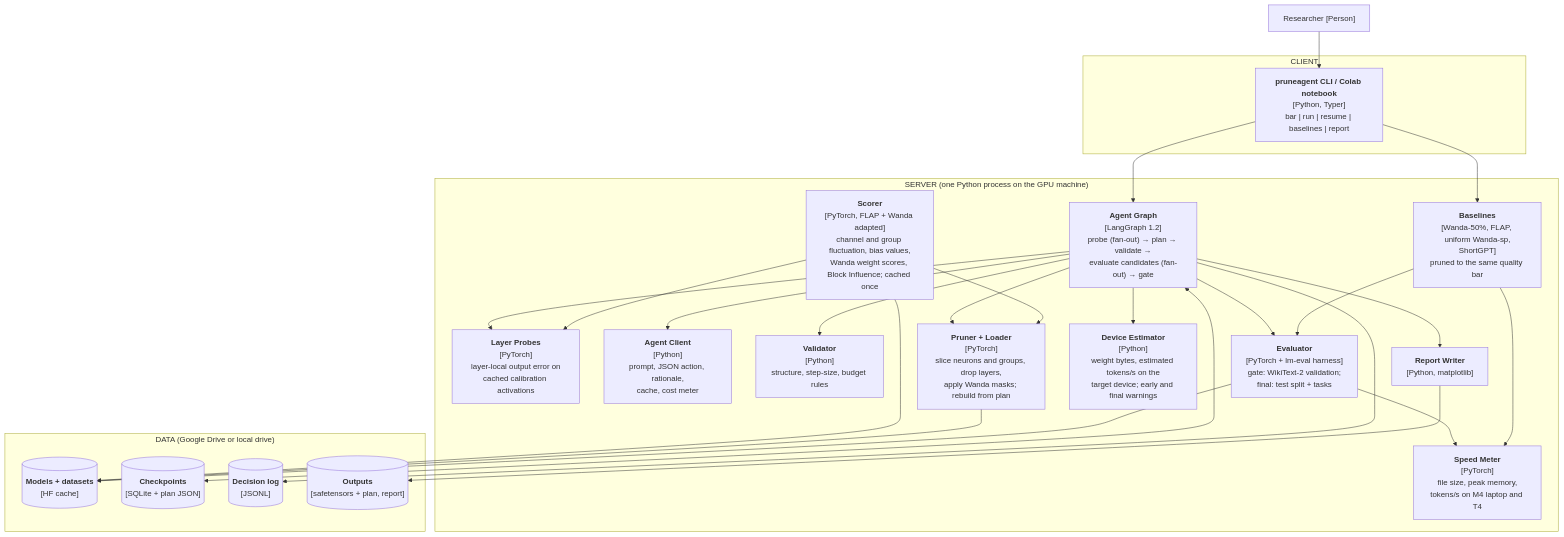
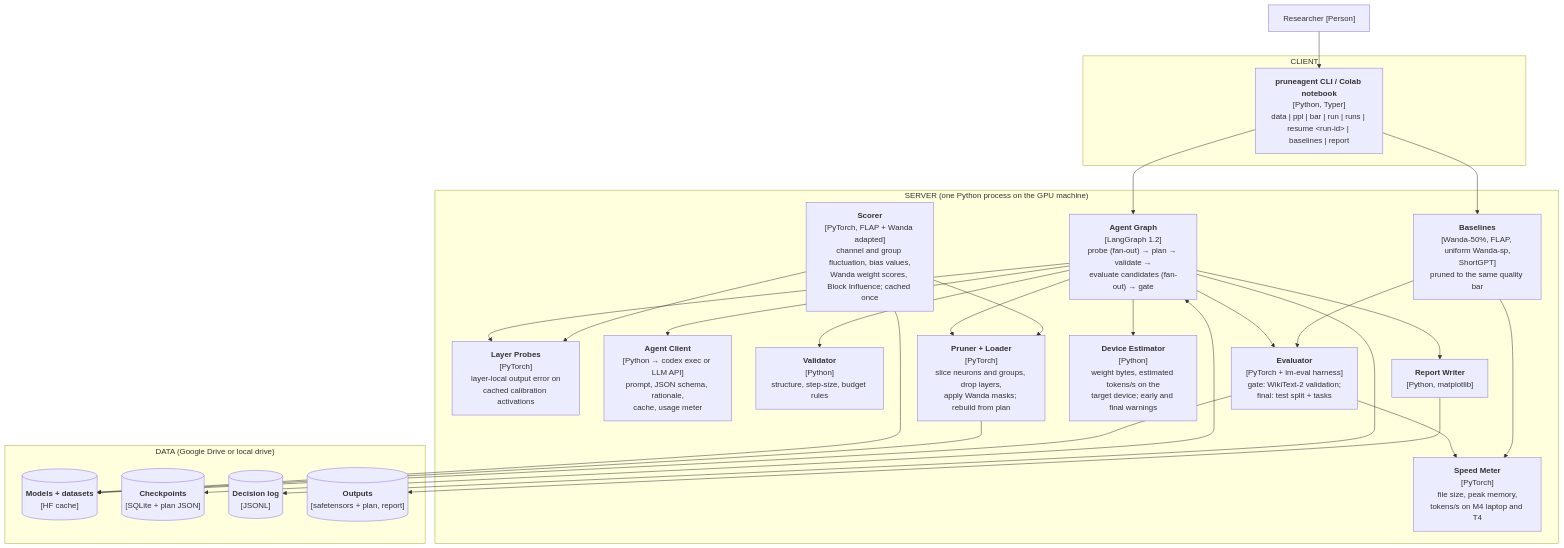
The second of 4 diagrams in ARCHITECTURE.md (stephxu96/pruneagent), drawn with Mermaid before and after one commit. The commit also changed other lines of this file and 16 other files, not shown here.

````diff
--- a/ARCHITECTURE.md
+++ b/ARCHITECTURE.md
@@ -175,39 +182,39 @@
 ```mermaid
 flowchart TB
     U["Researcher [Person]"]
 
     subgraph CLIENT["CLIENT"]
-        CLI["<b>pruneagent CLI / Colab notebook</b><br/>[Python, Typer]<br/>bar | run | resume | baselines | report"]
+        CLI["<b>pruneagent CLI / Colab notebook</b><br/>[Python, Typer]<br/>data | ppl | bar | run | runs | resume &lt;run-id&gt; | baselines | report"]
     end
 
     subgraph SERVER["SERVER (one Python process on the GPU machine)"]
         LG["<b>Agent Graph</b><br/>[LangGraph 1.2]<br/>probe (fan-out) → plan → validate →<br/>evaluate candidates (fan-out) → gate"]
         SC["<b>Scorer</b><br/>[PyTorch, FLAP + Wanda adapted]<br/>channel and group fluctuation, bias values,<br/>Wanda weight scores, Block Influence; cached once"]
         PB["<b>Layer Probes</b><br/>[PyTorch]<br/>layer-local output error on<br/>cached calibration activations"]
-        AG["<b>Agent Client</b><br/>[Python]<br/>prompt, JSON action, rationale,<br/>cache, cost meter"]
+        AG["<b>Agent Client</b><br/>[Python → codex exec or LLM API]<br/>prompt, JSON schema, rationale,<br/>cache, usage meter"]
         VA["<b>Validator</b><br/>[Python]<br/>structure, step-size, budget rules"]
         PN["<b>Pruner + Loader</b><br/>[PyTorch]<br/>slice neurons and groups, drop layers,<br/>apply Wanda masks; rebuild from plan"]
         EV["<b>Evaluator</b><br/>[PyTorch + lm-eval harness]<br/>gate: WikiText-2 validation;<br/>final: test split + tasks"]
         DE["<b>Device Estimator</b><br/>[Python]<br/>weight bytes, estimated tokens/s on the<br/>target device; early and final warnings"]
         MM["<b>Speed Meter</b><br/>[PyTorch]<br/>file size, peak memory,<br/>tokens/s on M4 laptop and T4"]
         BL["<b>Baselines</b><br/>[Wanda-50%, FLAP, uniform Wanda-sp,<br/>ShortGPT]<br/>pruned to the same quality bar"]
         RP["<b>Report Writer</b><br/>[Python, matplotlib]"]
     end
 
     subgraph DATA["DATA (Google Drive or local drive)"]
         MD[("<b>Models + datasets</b><br/>[HF cache]")]
         CK[("<b>Checkpoints</b><br/>[SQLite + plan JSON]")]
         LOG[("<b>Decision log</b><br/>[JSONL]")]
         OUT[("<b>Outputs</b><br/>[safetensors + plan, report]")]
     end
 
     U --> CLI --> LG
     LG --> PB & AG & VA & PN & EV & DE
     SC --> PB & PN
     CLI --> BL --> EV
     EV & BL --> MM
     LG --> RP --> OUT
     SC & PN & EV --> MD
     LG <--> CK
     LG --> LOG
 ```
````
